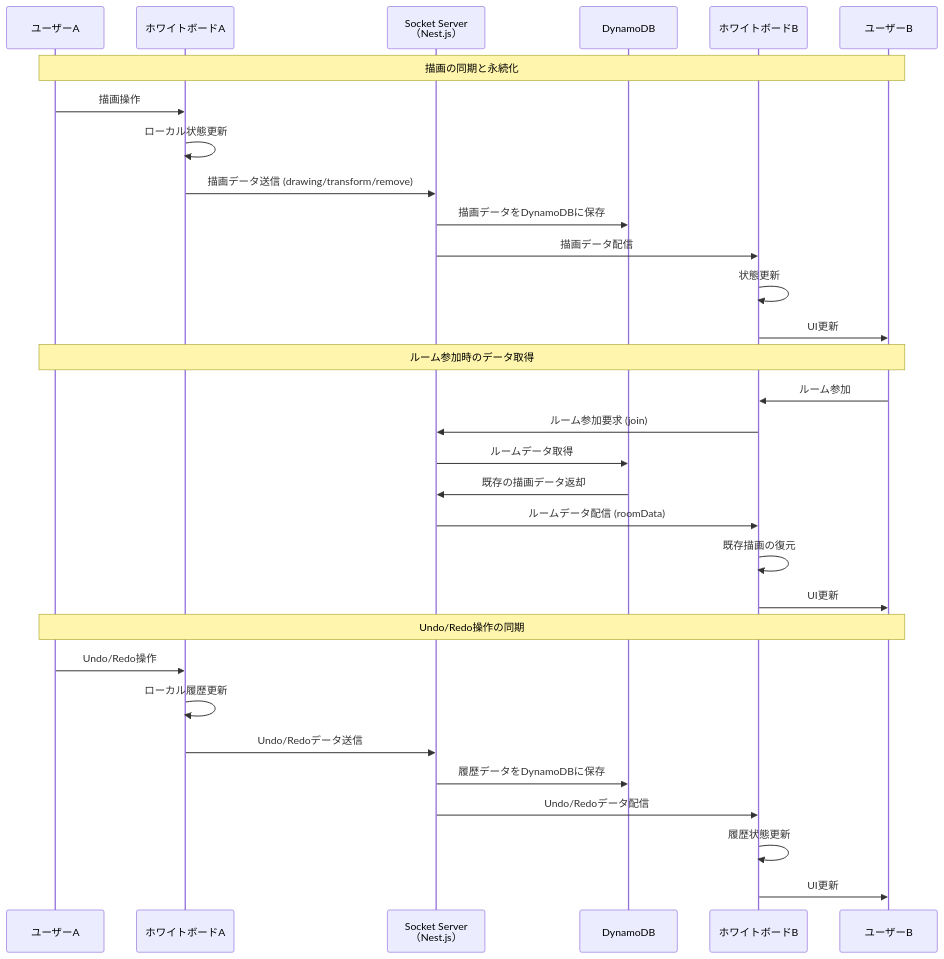
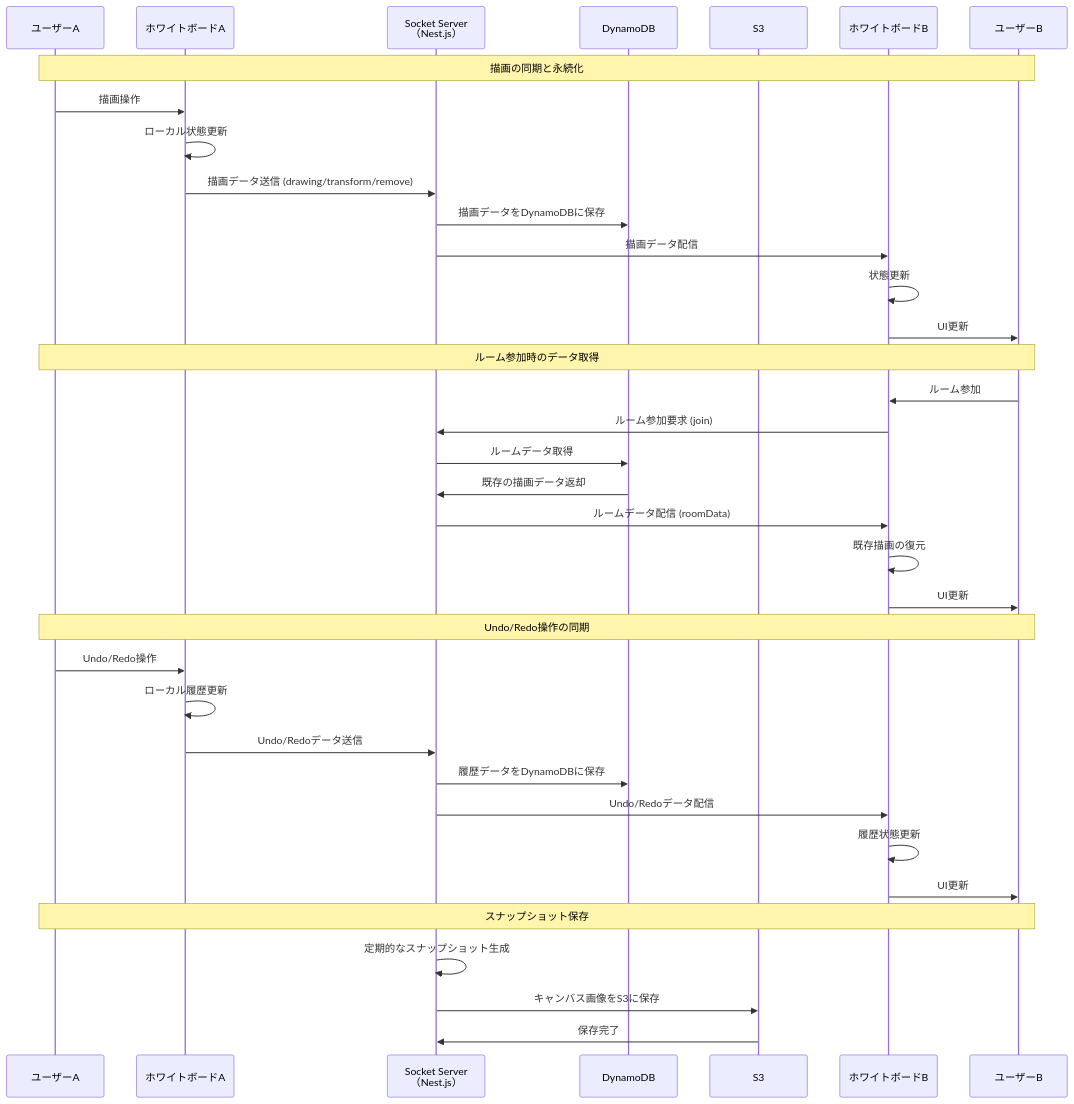
Before and after one commit to asanntech/white-board-front: the second of 2 diagrams in README.md, drawn with Mermaid. The commit also changed other lines of this file, not shown here.

````diff
--- a/README.md
+++ b/README.md
@@ -160,36 +170,42 @@
 ```mermaid
 sequenceDiagram
     participant U1 as ユーザーA
     participant WA as ホワイトボードA
     participant S as Socket Server <br>（Nest.js）
     participant DB as DynamoDB
+    participant S3 as S3
     participant WB as ホワイトボードB
     participant U2 as ユーザーB
 
     Note over U1,U2: 描画の同期と永続化
     U1->>WA: 描画操作
     WA->>WA: ローカル状態更新
     WA->>S: 描画データ送信 (drawing/transform/remove)
     S->>DB: 描画データをDynamoDBに保存
     S->>WB: 描画データ配信
     WB->>WB: 状態更新
     WB->>U2: UI更新
 
     Note over U1,U2: ルーム参加時のデータ取得
     U2->>WB: ルーム参加
     WB->>S: ルーム参加要求 (join)
     S->>DB: ルームデータ取得
     DB->>S: 既存の描画データ返却
     S->>WB: ルームデータ配信 (roomData)
     WB->>WB: 既存描画の復元
     WB->>U2: UI更新
 
     Note over U1,U2: Undo/Redo操作の同期
     U1->>WA: Undo/Redo操作
     WA->>WA: ローカル履歴更新
     WA->>S: Undo/Redoデータ送信
     S->>DB: 履歴データをDynamoDBに保存
     S->>WB: Undo/Redoデータ配信
     WB->>WB: 履歴状態更新
     WB->>U2: UI更新
+
+    Note over U1,U2: スナップショット保存
+    S->>S: 定期的なスナップショット生成
+    S->>S3: キャンバス画像をS3に保存
+    S3->>S: 保存完了
 ```
````
